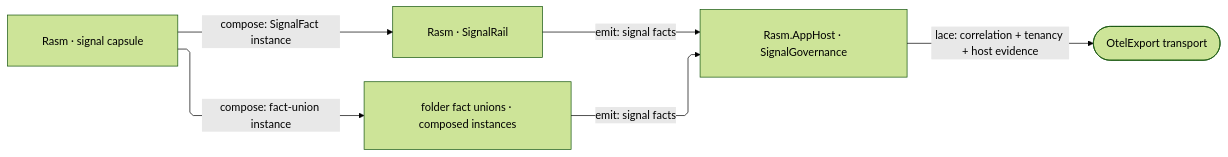
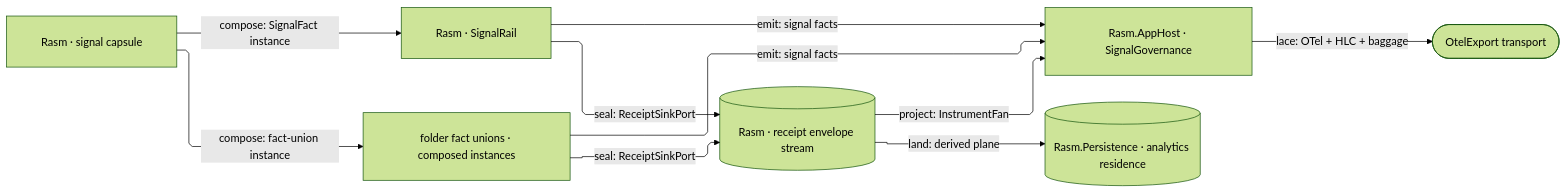
One commit to bsamiee/Rasm changed the fifth of 5 diagrams in libs/csharp/.planning/ARCHITECTURE.md. Above: the diagram before and after it, drawn with Mermaid (forest theme). The commit also changed other lines of this file and 249 other files, not shown here.

````diff
--- a/libs/csharp/.planning/ARCHITECTURE.md
+++ b/libs/csharp/.planning/ARCHITECTURE.md
@@ -224,22 +229,28 @@
 ```mermaid
 ---
 config:
   layout: elk
   flowchart:
     curve: linear
     padding: 25
 ---
 flowchart LR
     accTitle: C# branch signal plane spine
-    accDescr: The kernel signal capsule composing as its own kernel rail and as per-folder fact-union instances, both emitting signal facts into the AppHost governance lacing, and the laced series leaving on the OtelExport transport seam.
+    accDescr: The kernel signal capsule composing as its own kernel rail and as per-folder fact-union instances, both emitting signal facts into the AppHost governance lacing and sealing receipts into the kernel receipt stream, the laced series leaving on the OtelExport transport seam while the receipt stream projects through the instrument fan and lands the derived analytics residence the columnar custodian holds.
     Capsule[Rasm · signal capsule]
     KernelRail[Rasm · SignalRail]
     Folders[folder fact unions · composed instances]
+    Receipts[(Rasm · receipt envelope stream)]
     Governance[Rasm.AppHost · SignalGovernance]
+    Residence[(Rasm.Persistence · analytics residence)]
     Egress([OtelExport transport])
     Capsule e1@-->|"compose: SignalFact instance"| KernelRail
     Capsule e2@-->|"compose: fact-union instance"| Folders
     KernelRail e3@-->|"emit: signal facts"| Governance
     Folders e4@-->|"emit: signal facts"| Governance
-    Governance e5@-->|"lace: correlation + tenancy + host evidence"| Egress
+    KernelRail e5@-->|"seal: ReceiptSinkPort"| Receipts
+    Folders e6@-->|"seal: ReceiptSinkPort"| Receipts
+    Receipts e7@-->|"project: InstrumentFan"| Governance
+    Receipts e8@-->|"land: derived plane"| Residence
+    Governance e9@-->|"lace: OTel + HLC + baggage"| Egress
 ```
````
